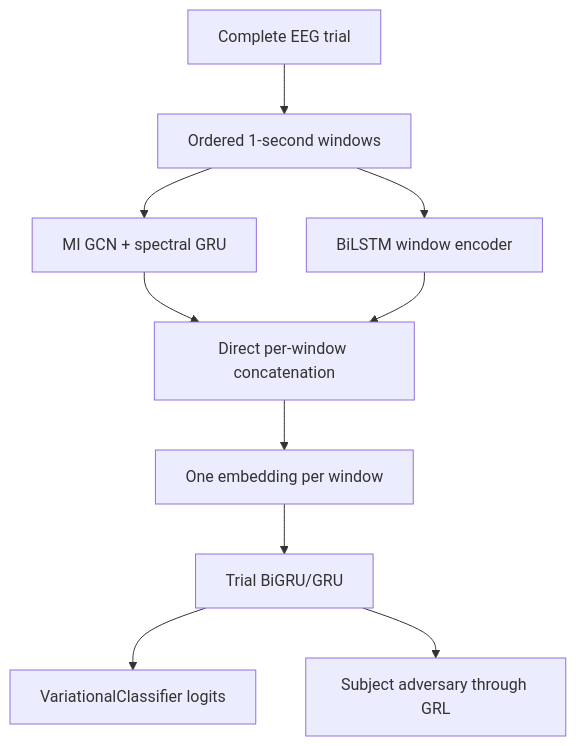
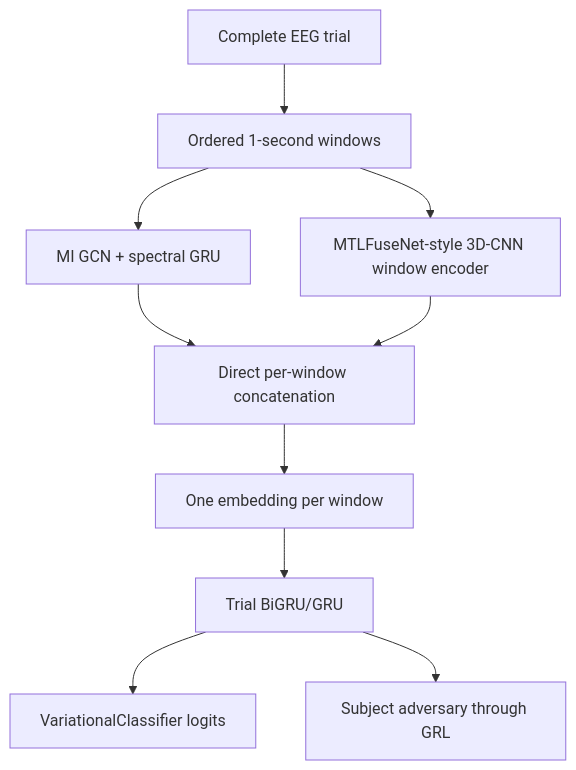
The diagram in src/eegproc/deep_learning/joint_architectures/SICModelv11/README_SIC.md (EEGo-UNC/EEGProc), drawn with Mermaid before and after one commit. The commit also changed other lines of this file and 12 other files, not shown here.

Commit message:
Replace SIC BiLSTM encoder with MTLFuseNet 3D-CNN

````diff
--- a/src/eegproc/deep_learning/joint_architectures/SICModelv11/README_SIC.md
+++ b/src/eegproc/deep_learning/joint_architectures/SICModelv11/README_SIC.md
@@ -25,12 +25,12 @@
 ```mermaid
 flowchart TD
     T["Complete EEG trial"] --> W["Ordered 1-second windows"]
     W --> G["MI GCN + spectral GRU"]
-    W --> B["BiLSTM window encoder"]
+    W --> B["MTLFuseNet-style 3D-CNN window encoder"]
     G --> C["Direct per-window concatenation"]
     B --> C
     C --> P["One embedding per window"]
     P --> R["Trial BiGRU/GRU"]
     R --> V["VariationalClassifier logits"]
     R --> S["Subject adversary through GRL"]
 ```
````
